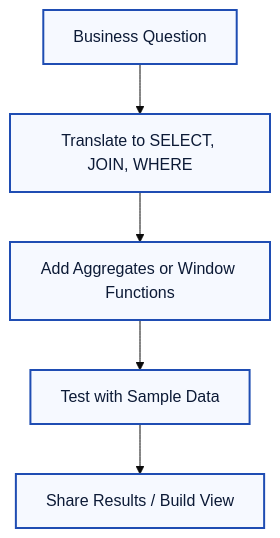
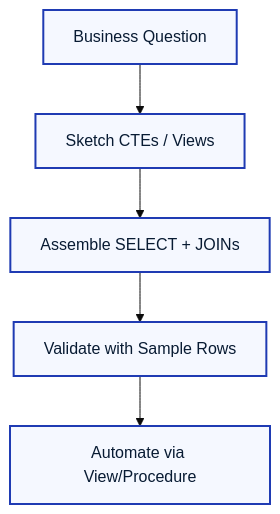
The diagram in docs/dbms/ch5-advanced-sql.md (ehsan18t/interdocs), drawn with Mermaid (base theme) before and after one commit. The commit also changed other lines of this file, not shown here.

````diff
--- a/docs/dbms/ch5-advanced-sql.md
+++ b/docs/dbms/ch5-advanced-sql.md
@@ -595,9 +762,11 @@
 ```mermaid
 flowchart TD
-  question[Business Question] --> translate[Translate to SELECT, JOIN, WHERE]
-  translate --> refine[Add Aggregates or Window Functions]
-  refine --> review[Test with Sample Data]
-  review --> deliver[Share Results / Build View]
-  classDef step fill:#f6f9ff,stroke:#1f4db3,stroke-width:2px,color:#0c1a36;
-  class question,translate,refine,review,deliver step;
+  idea[Business Question]
+  sketch[Sketch CTEs / Views]
+  assemble[Assemble SELECT + JOINs]
+  validate[Validate with Sample Rows]
+  automate[Automate via View/Procedure]
+  idea --> sketch --> assemble --> validate --> automate
+  classDef step fill:#f5f8ff,stroke:#1f3bb3,color:#081b33,stroke-width:2px;
+  class idea,sketch,assemble,validate,automate step;
 ```
````
